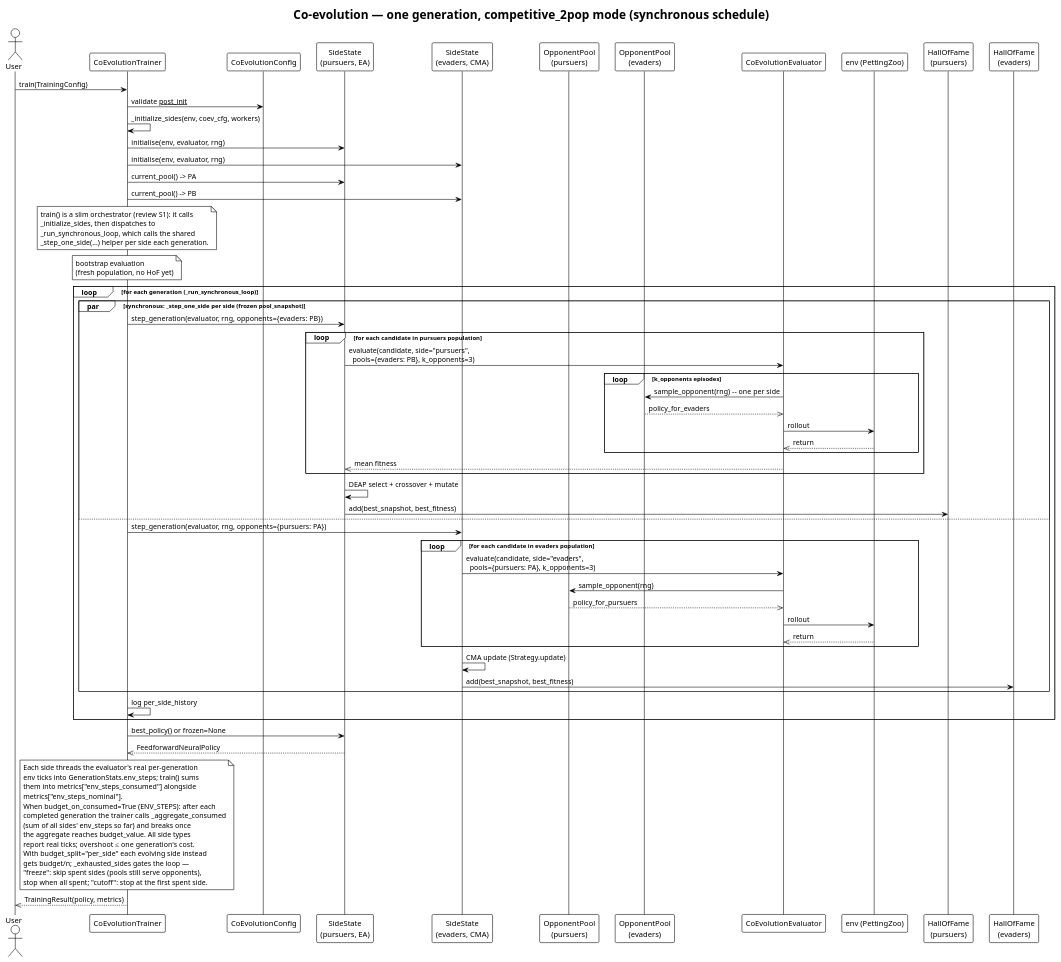
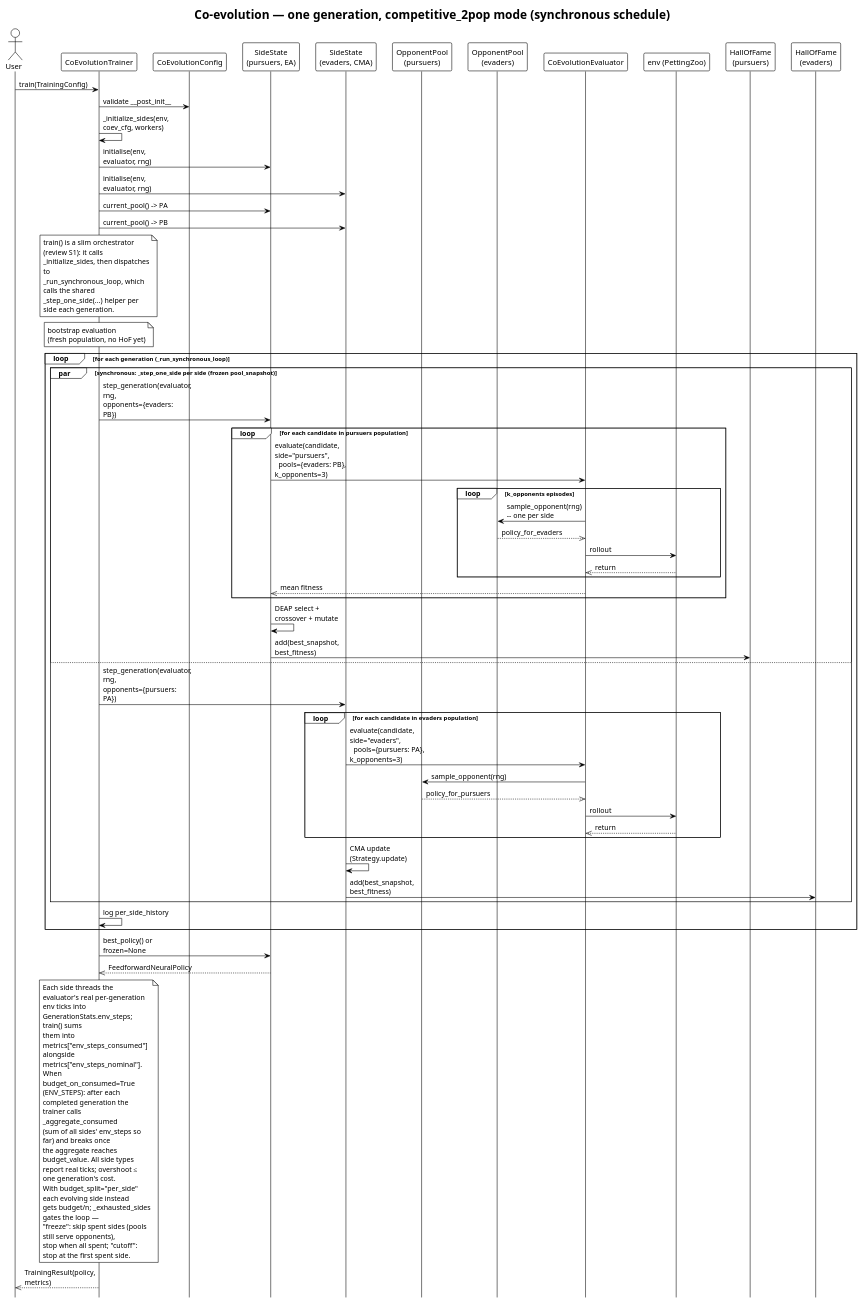
One commit to Alex180504/DEAP-Zoo-bridge changed the diagram in docs/UML/sequence_coevolution_competitive.puml. Above: the diagram before and after it, drawn with PlantUML. The commit also changed 71 other files, not shown here.

Commit message:
Update UML

```diff
--- a/docs/UML/sequence_coevolution_competitive.puml
+++ b/docs/UML/sequence_coevolution_competitive.puml
@@ -1,83 +1,87 @@
 @startuml sequence_coevolution_competitive
 !theme plain
+' Compact layout (tuned per diagram — see README, 'Sequence-diagram layout').
+hide footbox
+skinparam maxMessageSize 140
+skinparam wrapWidth 200
 title Co-evolution — one generation, competitive_2pop mode (synchronous schedule)
 
 actor User
 participant "CoEvolutionTrainer" as T
 participant "CoEvolutionConfig" as C
 participant "SideState\n(pursuers, EA)" as SA
 participant "SideState\n(evaders, CMA)" as SB
 participant "OpponentPool\n(pursuers)" as PA
 participant "OpponentPool\n(evaders)" as PB
 participant "CoEvolutionEvaluator" as EV
 participant "env (PettingZoo)" as ENV
 participant "HallOfFame\n(pursuers)" as HA
 participant "HallOfFame\n(evaders)" as HB
 
 User -> T : train(TrainingConfig)
-T -> C : validate __post_init__
+T -> C : validate ~__post_init~__
 T -> T : _initialize_sides(env, coev_cfg, workers)
 T -> SA : initialise(env, evaluator, rng)
 T -> SB : initialise(env, evaluator, rng)
 T -> SA : current_pool() -> PA
 T -> SB : current_pool() -> PB
 
 note over T
   train() is a slim orchestrator (review S1): it calls
   _initialize_sides, then dispatches to
   _run_synchronous_loop, which calls the shared
   _step_one_side(...) helper per side each generation.
 end note
 
 note over T: bootstrap evaluation\n(fresh population, no HoF yet)
 
 loop for each generation (_run_synchronous_loop)
     par synchronous: _step_one_side per side (frozen pool_snapshot)
         T -> SA : step_generation(evaluator, rng, opponents={evaders: PB})
         loop for each candidate in pursuers population
             SA -> EV : evaluate(candidate, side="pursuers",\n  pools={evaders: PB}, k_opponents=3)
             loop k_opponents episodes
                 EV -> PB : sample_opponent(rng)  -- one per side
                 PB -->> EV : policy_for_evaders
                 EV -> ENV : rollout
                 ENV -->> EV : return
             end
             EV -->> SA : mean fitness
         end
         SA -> SA : DEAP select + crossover + mutate
         SA -> HA : add(best_snapshot, best_fitness)
     else
         T -> SB : step_generation(evaluator, rng, opponents={pursuers: PA})
         loop for each candidate in evaders population
             SB -> EV : evaluate(candidate, side="evaders",\n  pools={pursuers: PA}, k_opponents=3)
             EV -> PA : sample_opponent(rng)
             PA -->> EV : policy_for_pursuers
             EV -> ENV : rollout
             ENV -->> EV : return
         end
         SB -> SB : CMA update (Strategy.update)
         SB -> HB : add(best_snapshot, best_fitness)
     end
     T -> T : log per_side_history
 end
 
 T -> SA : best_policy() or frozen=None
 SA -->> T : FeedforwardNeuralPolicy
 note over T
   Each side threads the evaluator's real per-generation
   env ticks into GenerationStats.env_steps; train() sums
   them into metrics["env_steps_consumed"] alongside
   metrics["env_steps_nominal"].
   When budget_on_consumed=True (ENV_STEPS): after each
   completed generation the trainer calls _aggregate_consumed
   (sum of all sides' env_steps so far) and breaks once
   the aggregate reaches budget_value. All side types
   report real ticks; overshoot ≤ one generation's cost.
   With budget_split="per_side" each evolving side instead
   gets budget/n; _exhausted_sides gates the loop —
   "freeze": skip spent sides (pools still serve opponents),
   stop when all spent; "cutoff": stop at the first spent side.
 end note
 T -->> User : TrainingResult(policy, metrics)
 
 @enduml
```
